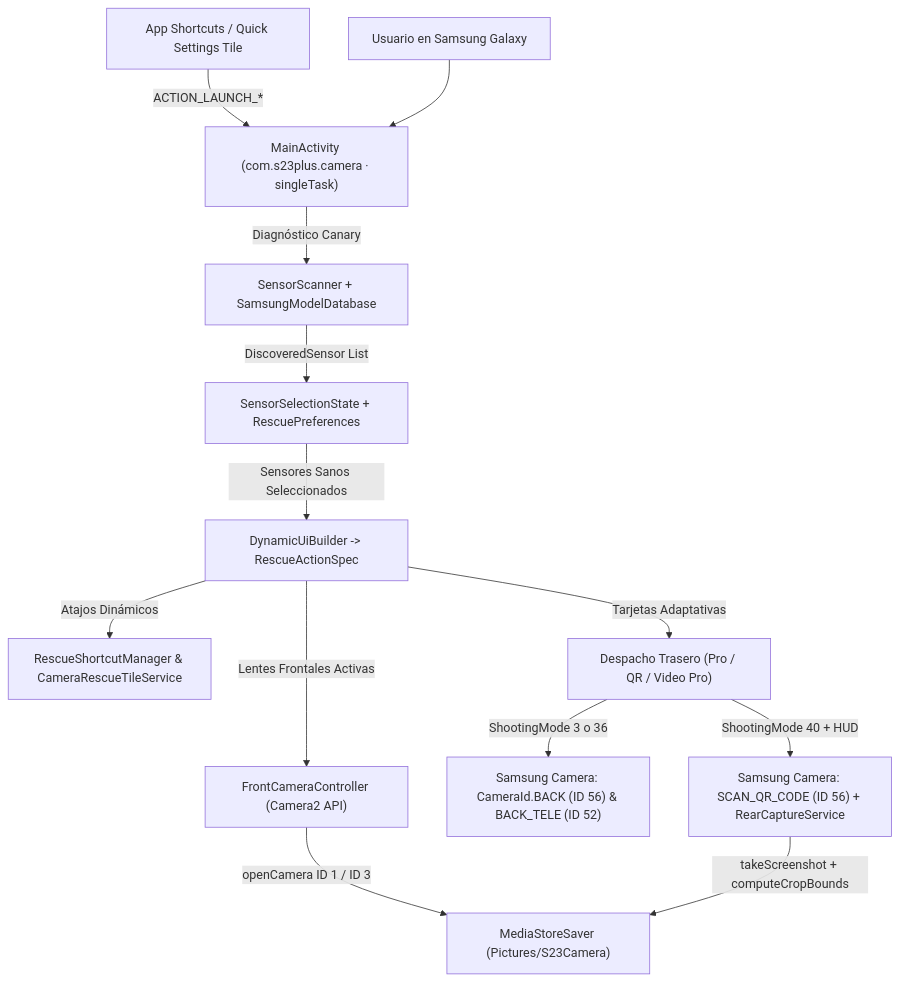
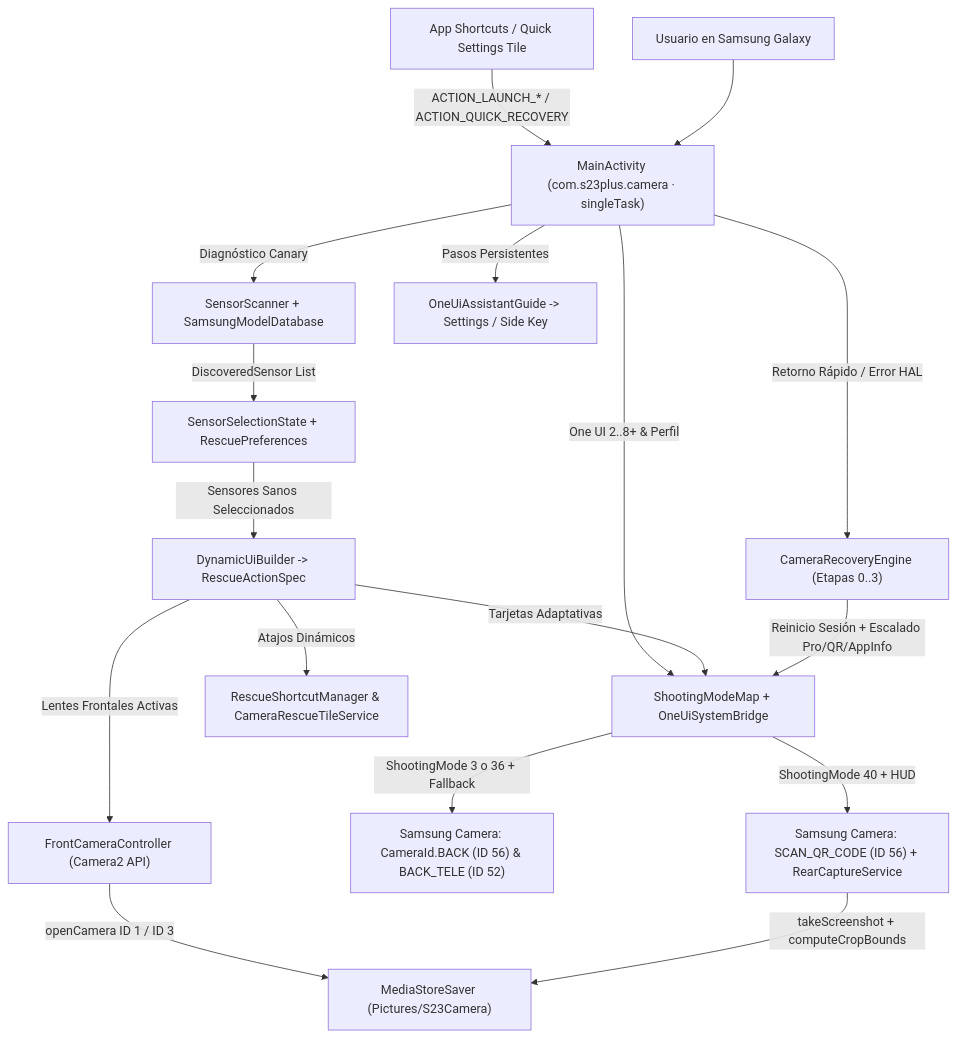
One commit to benedetto597/camera-rescue changed the diagram in docs/architecture.md. Above: the diagram before and after it, drawn with Mermaid. The commit also changed other lines of this file and 4 other files, not shown here.

Commit message:
docs: document v1.4.0 heuristic mapper, One UI assistant, recovery engine, and signed APK

````diff
--- a/docs/architecture.md
+++ b/docs/architecture.md
@@ -7,18 +7,23 @@
 ```mermaid
 flowchart TD
-    Launcher["App Shortcuts / Quick Settings Tile"] -->|ACTION_LAUNCH_*| MainActivity["MainActivity (com.s23plus.camera · singleTask)"]
+    Launcher["App Shortcuts / Quick Settings Tile"] -->|ACTION_LAUNCH_* / ACTION_QUICK_RECOVERY| MainActivity["MainActivity (com.s23plus.camera · singleTask)"]
     User["Usuario en Samsung Galaxy"] --> MainActivity
 
     MainActivity -->|Diagnóstico Canary| Scanner["SensorScanner + SamsungModelDatabase"]
     Scanner -->|DiscoveredSensor List| Selection["SensorSelectionState + RescuePreferences"]
     Selection -->|Sensores Sanos Seleccionados| Builder["DynamicUiBuilder -> RescueActionSpec"]
 
+    MainActivity -->|One UI 2..8+ & Perfil| ModeMap["ShootingModeMap + OneUiSystemBridge"]
+    MainActivity -->|Pasos Persistentes| Assistant["OneUiAssistantGuide -> Settings / Side Key"]
+    MainActivity -->|Retorno Rápido / Error HAL| Recovery["CameraRecoveryEngine (Etapas 0..3)"]
+
     Builder -->|Atajos Dinámicos| Shortcuts["RescueShortcutManager & CameraRescueTileService"]
-    Builder -->|Tarjetas Adaptativas| RearDispatch["Despacho Trasero (Pro / QR / Video Pro)"]
+    Builder -->|Tarjetas Adaptativas| ModeMap
     Builder -->|Lentes Frontales Activas| FrontCtrl["FrontCameraController (Camera2 API)"]
 
     FrontCtrl -->|openCamera ID 1 / ID 3| MediaStore["MediaStoreSaver (Pictures/S23Camera)"]
-    RearDispatch -->|ShootingMode 3 o 36| NativePro["Samsung Camera: CameraId.BACK (ID 56) & BACK_TELE (ID 52)"]
-    RearDispatch -->|ShootingMode 40 + HUD| NativeQr["Samsung Camera: SCAN_QR_CODE (ID 56) + RearCaptureService"]
+    ModeMap -->|ShootingMode 3 o 36 + Fallback| NativePro["Samsung Camera: CameraId.BACK (ID 56) & BACK_TELE (ID 52)"]
+    ModeMap -->|ShootingMode 40 + HUD| NativeQr["Samsung Camera: SCAN_QR_CODE (ID 56) + RearCaptureService"]
+    Recovery -->|Reinicio Sesión + Escalado Pro/QR/AppInfo| ModeMap
     NativeQr -->|takeScreenshot + computeCropBounds| MediaStore
 ```
````
